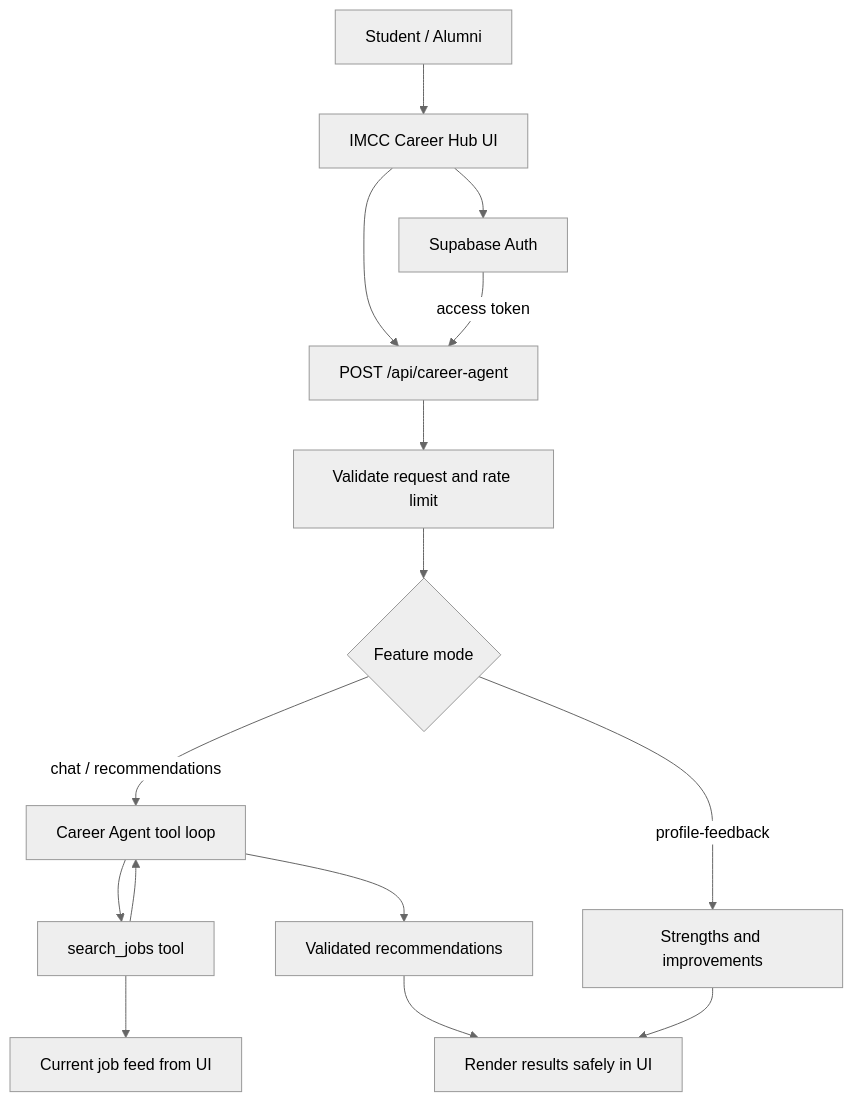
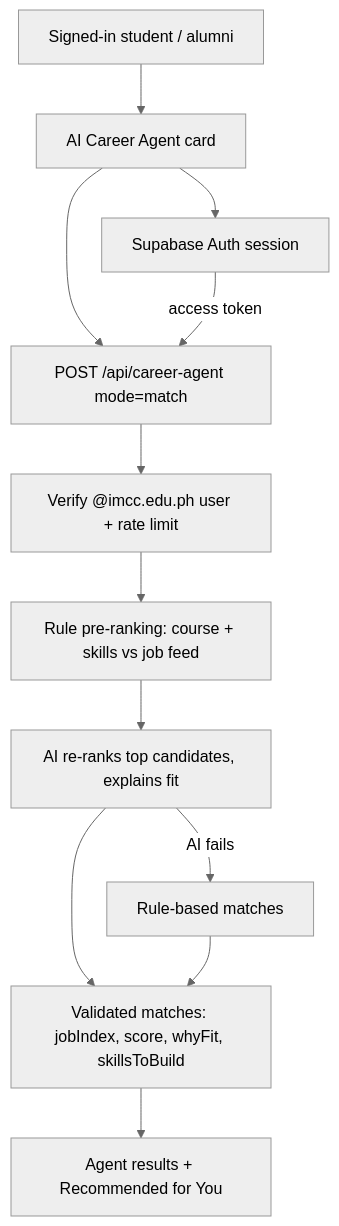
The diagram in AI-CAREER-AGENT-STRUCTURE.md (lucefamore/imcc-careerhub-main), drawn with Mermaid (neutral theme) before and after one commit. The commit also changed other lines of this file and 6 other files, not shown here.

````diff
--- a/AI-CAREER-AGENT-STRUCTURE.md
+++ b/AI-CAREER-AGENT-STRUCTURE.md
@@ -17,17 +17,14 @@
 ```mermaid
 flowchart TD
-    A[Student / Alumni] --> B[IMCC Career Hub UI]
-    B --> C[Supabase Auth]
-    B --> D[POST /api/career-agent]
+    A[Signed-in student / alumni] --> B[AI Career Agent card]
+    B --> C[Supabase Auth session]
+    B --> D[POST /api/career-agent mode=match]
     C -->|access token| D
-    D --> E[Validate request and rate limit]
-    E --> F{Feature mode}
-    F -->|chat / recommendations| G[Career Agent tool loop]
-    G --> H[search_jobs tool]
-    H --> I[Current job feed from UI]
-    H --> G
-    G --> J[Validated recommendations]
-    F -->|profile-feedback| K[Strengths and improvements]
-    J --> O[Render results safely in UI]
-    K --> O
+    D --> E[Verify @imcc.edu.ph user + rate limit]
+    E --> F[Rule pre-ranking: course + skills vs job feed]
+    F --> G[AI re-ranks top candidates, explains fit]
+    G -->|AI fails| H[Rule-based matches]
+    G --> I[Validated matches: jobIndex, score, whyFit, skillsToBuild]
+    H --> I
+    I --> J[Agent results + Recommended for You]
 ```
````
